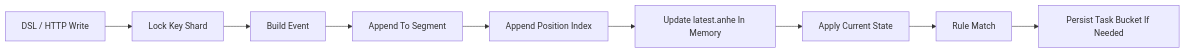
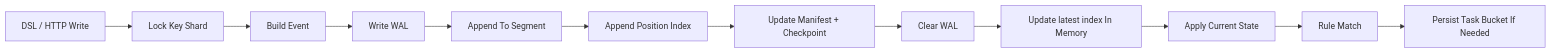
Before and after one commit to paerx/anhebridgeDB: the first of 9 diagrams in README.md, drawn with Mermaid. The commit also changed other lines of this file and 8 other files, not shown here.

````diff
--- a/README.md
+++ b/README.md
@@ -203,11 +379,14 @@
 ```mermaid
 flowchart LR
   A["DSL / HTTP Write"] --> B["Lock Key Shard"]
   B --> C["Build Event"]
-  C --> D["Append To Segment"]
-  D --> E["Append Position Index"]
-  E --> F["Update latest.anhe In Memory"]
-  F --> G["Apply Current State"]
-  G --> H["Rule Match"]
-  H --> I["Persist Task Bucket If Needed"]
+  C --> D["Write WAL"]
+  D --> E["Append To Segment"]
+  E --> F["Append Position Index"]
+  F --> G["Update Manifest + Checkpoint"]
+  G --> H["Clear WAL"]
+  H --> I["Update latest index In Memory"]
+  I --> J["Apply Current State"]
+  J --> K["Rule Match"]
+  K --> L["Persist Task Bucket If Needed"]
 ```
````
